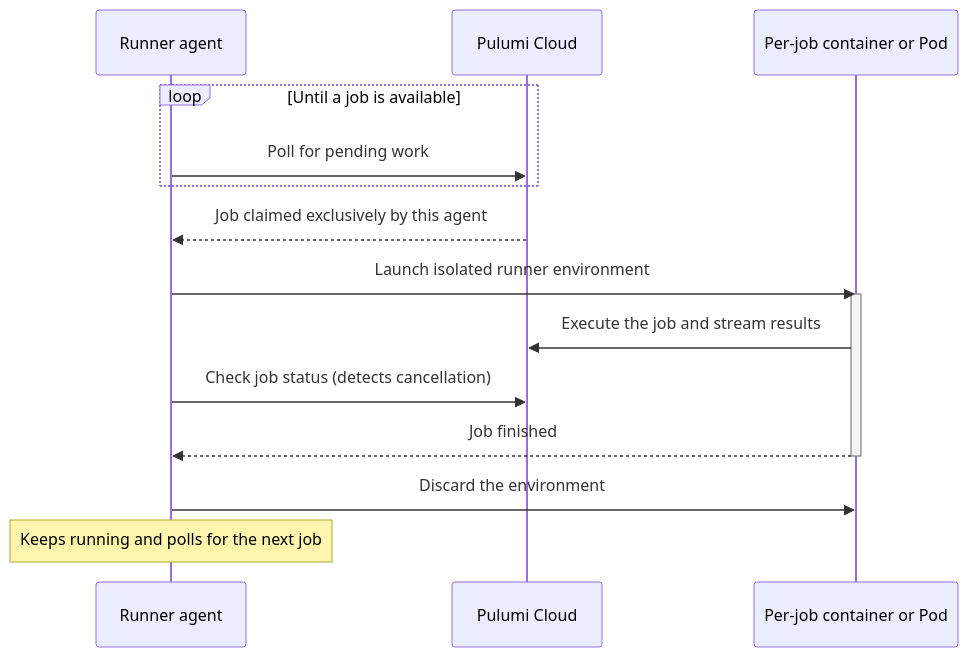
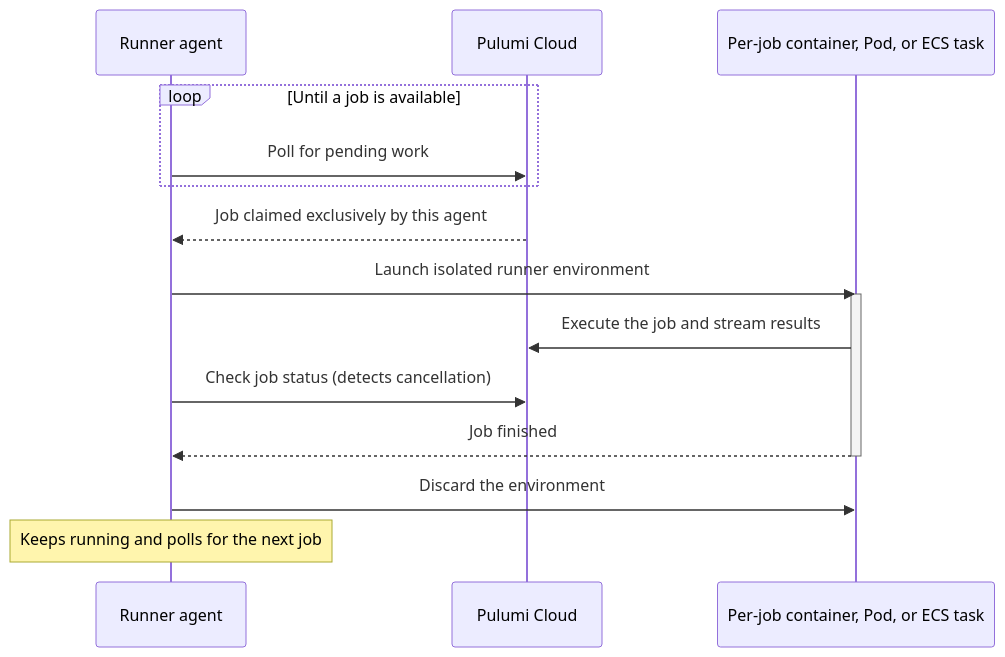
The diagram in content/docs/administration/concepts/customer-managed-runners.md (pulumi/docs), drawn with Mermaid before and after one commit. The commit also changed other lines of this file and 1 other file, not shown here.

First line of the commit message:
Document the Amazon ECS deploy target for customer-managed runners

````diff
--- a/content/docs/administration/concepts/customer-managed-runners.md
+++ b/content/docs/administration/concepts/customer-managed-runners.md
@@ -76,19 +76,19 @@
 ```mermaid
 sequenceDiagram
     participant Agent as Runner agent
     participant Cloud as Pulumi Cloud
-    participant Env as Per-job container or Pod
+    participant Env as Per-job container, Pod, or ECS task
 
     loop Until a job is available
         Agent->>Cloud: Poll for pending work
     end
     Cloud-->>Agent: Job claimed exclusively by this agent
     Agent->>Env: Launch isolated runner environment
     activate Env
     Env->>Cloud: Execute the job and stream results
     Agent->>Cloud: Check job status (detects cancellation)
     Env-->>Agent: Job finished
     deactivate Env
     Agent->>Env: Discard the environment
     Note over Agent: Keeps running and polls for the next job
 ```
````
